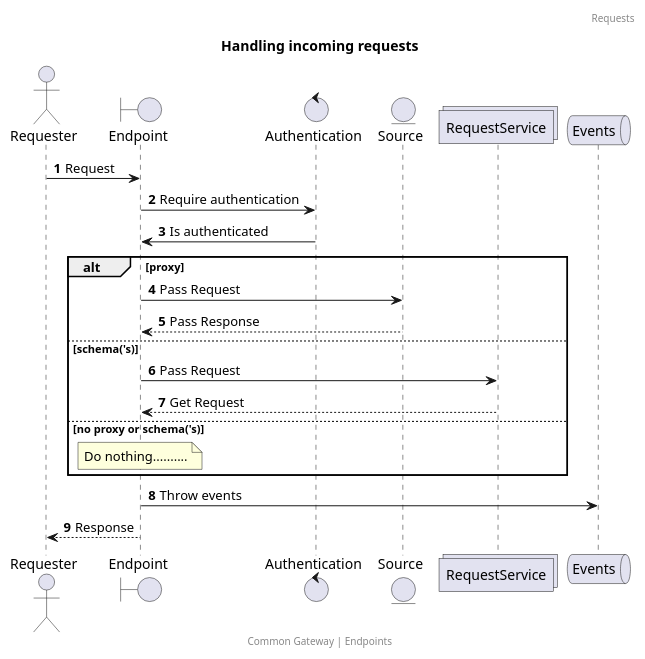
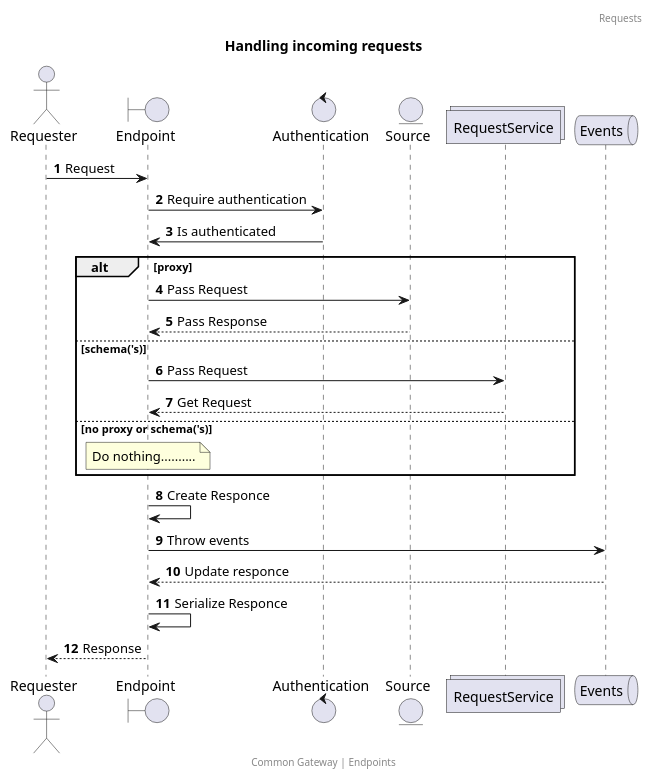
Before and after one commit to CommonGateway/CoreBundle: the diagram in docs/features/request.puml, drawn with PlantUML. The commit also changed 3 other files, not shown here.

Commit message:
Sequence fixes

```diff
--- a/docs/features/request.puml
+++ b/docs/features/request.puml
@@ -1,30 +1,33 @@
 @startuml
 title: Handling incoming requests
 footer: Common Gateway | Endpoints
 header: Requests
 autonumber
 
 actor       Requester        as Requester
 boundary    Endpoint         as Endpoint
 control     Authentication   as Authentication
 entity      Source           as Source
 collections RequestService   as RequestService
 queue       Events           as Events
 
 Requester -> Endpoint: Request
 Endpoint -> Authentication  : Require authentication
 Authentication -> Endpoint  : Is authenticated
 alt proxy
 
 Endpoint -> Source  : Pass Request
 Source --> Endpoint : Pass Response
 else schema('s)
 Endpoint -> RequestService  : Pass Request
 RequestService  --> Endpoint : Get Request
 else no proxy or schema('s)
 note over Endpoint: Do nothing..........
 end
 
+Endpoint -> Endpoint: Create Responce
 Endpoint -> Events: Throw events
+Events --> Endpoint: Update responce
+Endpoint -> Endpoint: Serialize Responce
 Endpoint --> Requester: Response
 @enduml
```
